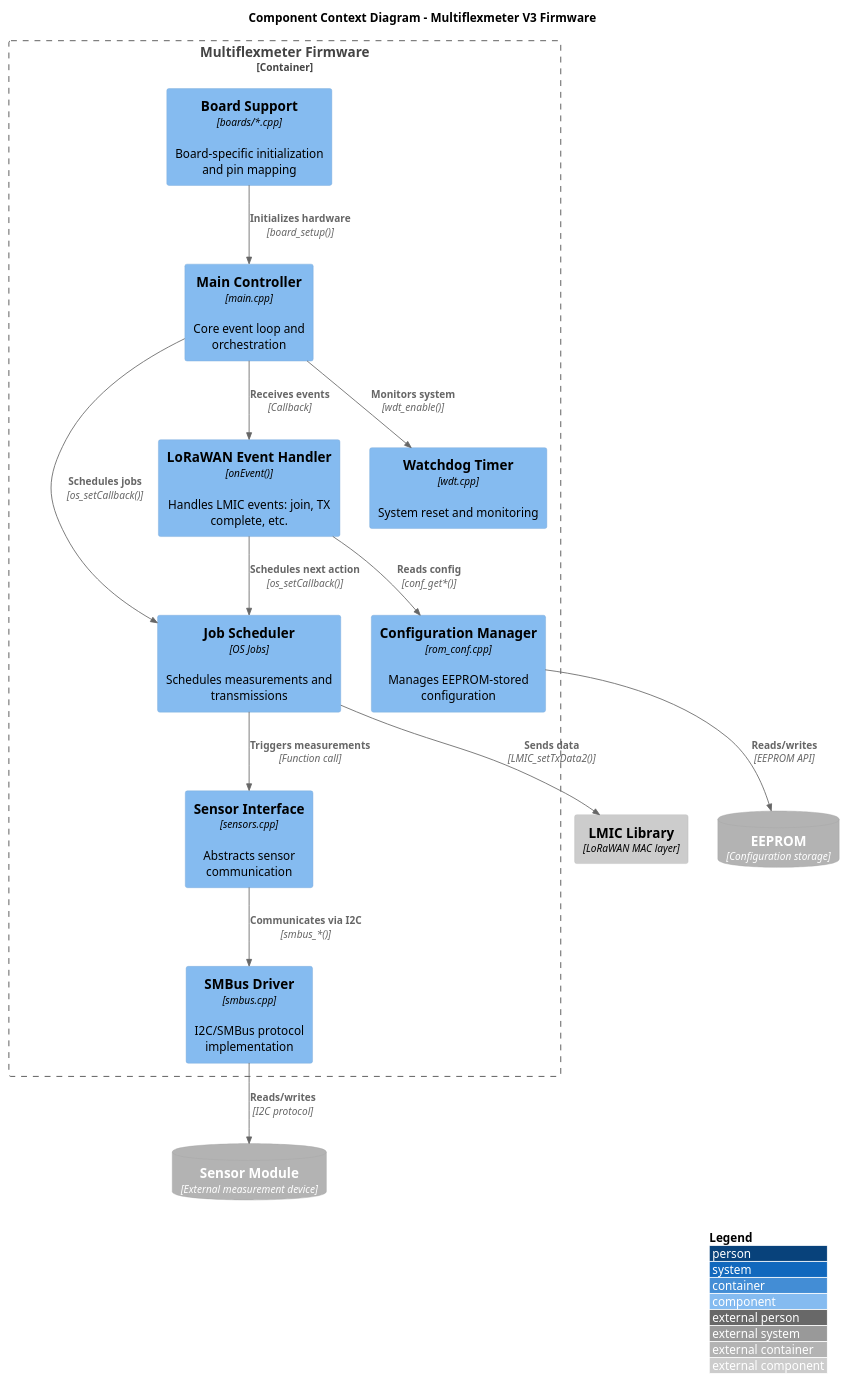
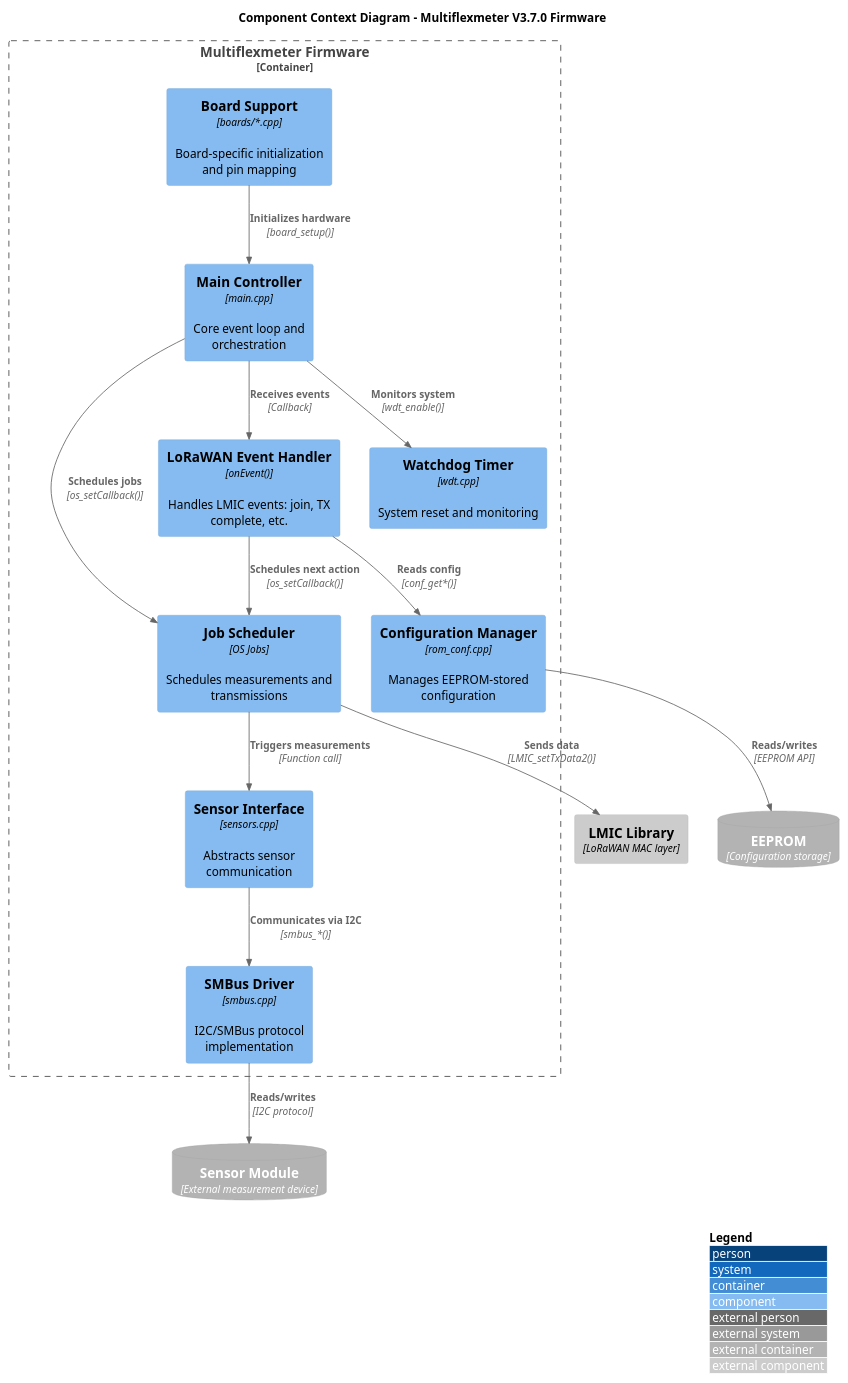
The diagram in public/diagrams/component_context.puml (MrMisterMisterMister/MFM-docs), drawn with PlantUML before and after one commit. The commit also changed 37 other files, not shown here.

```diff
--- a/public/diagrams/component_context.puml
+++ b/public/diagrams/component_context.puml
@@ -1,36 +1,36 @@
 @startuml Multiflexmeter_Component_Context
 !include https://raw.githubusercontent.com/plantuml-stdlib/C4-PlantUML/master/C4_Component.puml
 
 LAYOUT_WITH_LEGEND()
 
-title Component Context Diagram - Multiflexmeter V3 Firmware
+title Component Context Diagram - Multiflexmeter V3.7.0 Firmware
 
 Container_Boundary(firmware, "Multiflexmeter Firmware") {
     Component(main, "Main Controller", "main.cpp", "Core event loop and orchestration")
     Component(lora_events, "LoRaWAN Event Handler", "onEvent()", "Handles LMIC events: join, TX complete, etc.")
     Component(job_scheduler, "Job Scheduler", "OS Jobs", "Schedules measurements and transmissions")
     
     Component(rom_conf, "Configuration Manager", "rom_conf.cpp", "Manages EEPROM-stored configuration")
     Component(sensors, "Sensor Interface", "sensors.cpp", "Abstracts sensor communication")
     Component(smbus, "SMBus Driver", "smbus.cpp", "I2C/SMBus protocol implementation")
     Component(board, "Board Support", "boards/*.cpp", "Board-specific initialization and pin mapping")
     Component(wdt, "Watchdog Timer", "wdt.cpp", "System reset and monitoring")
 }
 
 Component_Ext(lmic, "LMIC Library", "LoRaWAN MAC layer")
 ContainerDb_Ext(eeprom, "EEPROM", "Configuration storage")
 ContainerDb_Ext(sensor_module, "Sensor Module", "External measurement device")
 
 Rel(main, job_scheduler, "Schedules jobs", "os_setCallback()")
 Rel(main, lora_events, "Receives events", "Callback")
 Rel(job_scheduler, sensors, "Triggers measurements", "Function call")
 Rel(job_scheduler, lmic, "Sends data", "LMIC_setTxData2()")
 Rel(lora_events, rom_conf, "Reads config", "conf_get*()")
 Rel(lora_events, job_scheduler, "Schedules next action", "os_setCallback()")
 Rel(sensors, smbus, "Communicates via I2C", "smbus_*()")
 Rel(smbus, sensor_module, "Reads/writes", "I2C protocol")
 Rel(rom_conf, eeprom, "Reads/writes", "EEPROM API")
 Rel(board, main, "Initializes hardware", "board_setup()")
 Rel(main, wdt, "Monitors system", "wdt_enable()")
 
 @enduml
```
